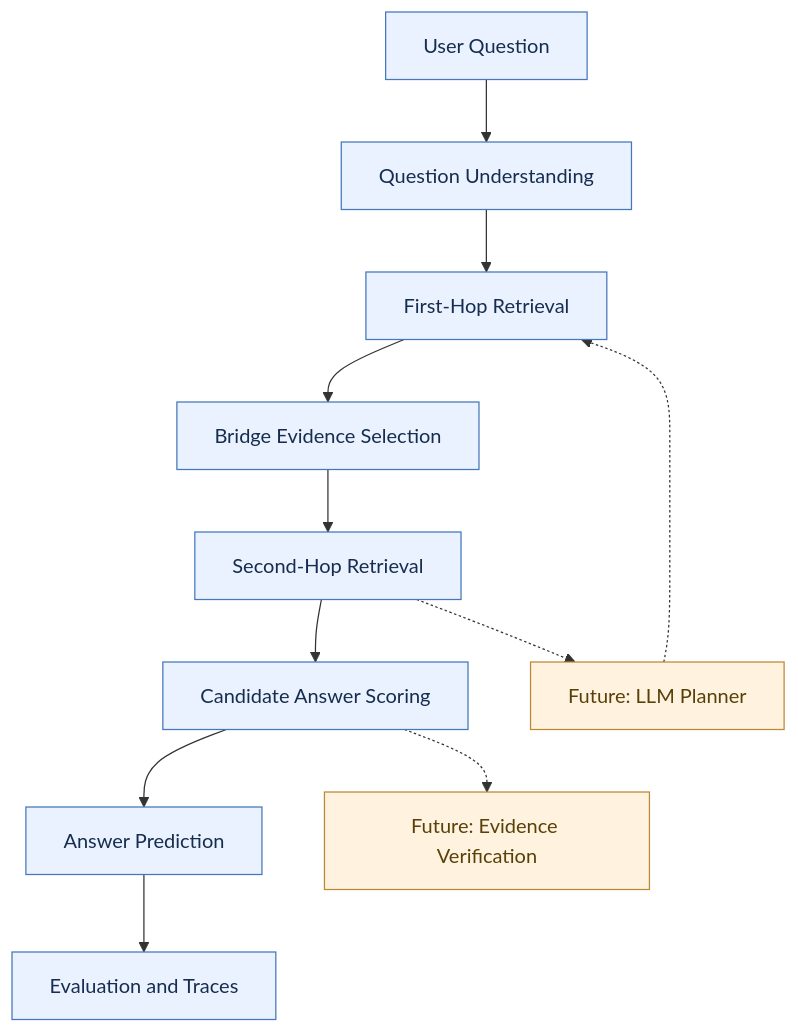
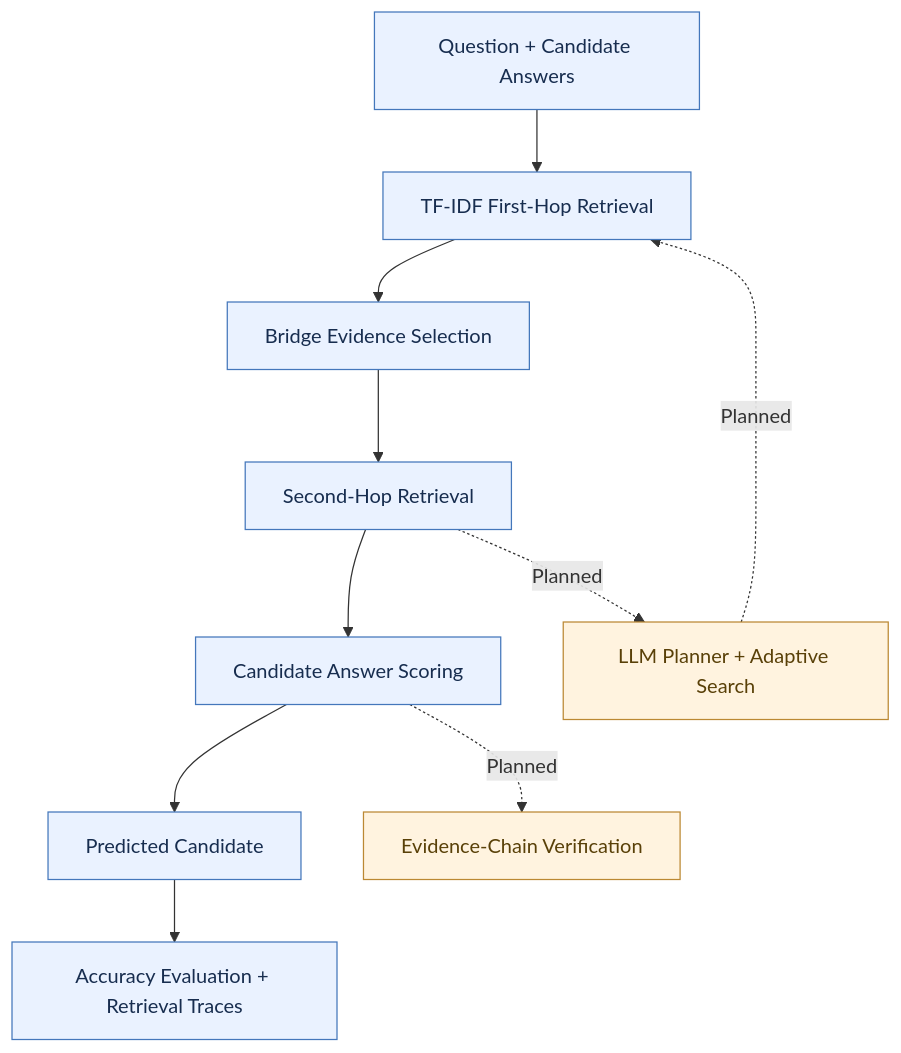
The diagram in README.md (duukkid-arch/MultiHop-RAG), drawn with Mermaid before and after one commit. The commit also changed other lines of this file, not shown here.

Commit message:
docs: publish Agentic RAG architecture and measured MedHop baselines

````diff
--- a/README.md
+++ b/README.md
@@ -27,20 +28,16 @@
 ```mermaid
 flowchart TD
-    Q["User Question"] --> U["Question Understanding"]
-    U --> R1["First-Hop Retrieval"]
-    R1 --> B["Bridge Evidence Selection"]
-    B --> R2["Second-Hop Retrieval"]
-    R2 --> S["Candidate Answer Scoring"]
-    S --> O["Answer Prediction"]
-    O --> E["Evaluation and Traces"]
-
-    R2 -.-> P["Future: LLM Planner"]
-    P -.-> R1
-    S -.-> V["Future: Evidence Verification"]
-
-    classDef process fill:#eaf2ff,stroke:#4477bb,color:#172d4f
+    Q["Question + Candidate Answers"] --> S["TF-IDF First-Hop Retrieval"]
+    S --> B["Bridge Evidence Selection"]
+    B --> H["Second-Hop Retrieval"]
+    H --> C["Candidate Answer Scoring"]
+    C --> A["Predicted Candidate"]
+    A --> E["Accuracy Evaluation + Retrieval Traces"]
+    H -. "Planned" .-> P["LLM Planner + Adaptive Search"]
+    P -. "Planned" .-> S
+    C -. "Planned" .-> V["Evidence-Chain Verification"]
+    classDef core fill:#eaf2ff,stroke:#4477bb,color:#172d4f
     classDef future fill:#fff3df,stroke:#bb8833,color:#594008
-
-    class Q,U,R1,B,R2,S,O,E process
+    class Q,S,B,H,C,A,E core
     class P,V future
 ```
````
